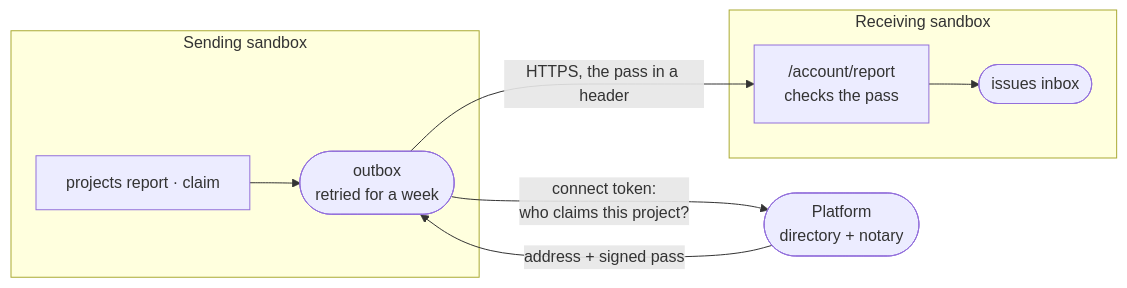
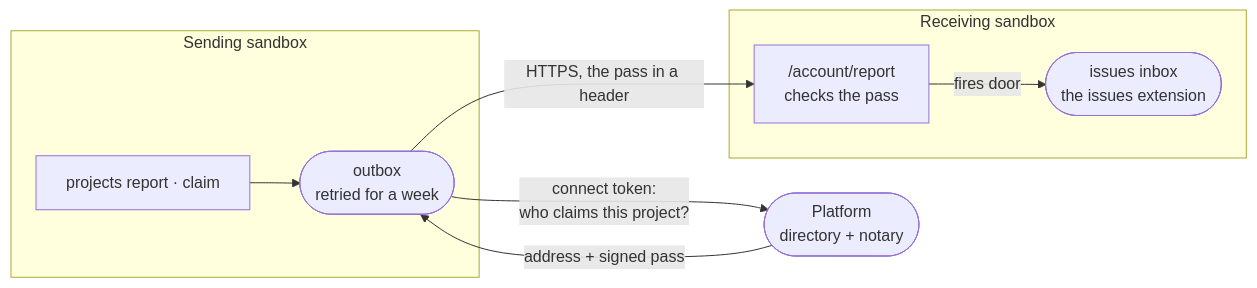
The diagram in docs/architecture/account-routing.md (intentic/intentic), drawn with Mermaid before and after one commit. The commit also changed other lines of this file and 587 other files, not shown here.

````diff
--- a/docs/architecture/account-routing.md
+++ b/docs/architecture/account-routing.md
@@ -5,13 +5,13 @@
 ```mermaid
 flowchart LR
     subgraph A["Sending sandbox"]
       cli["projects report · claim"] --> outbox(["outbox<br/>retried for a week"])
     end
     platform(["Platform<br/>directory + notary"])
     subgraph B["Receiving sandbox"]
-      door["/account/report<br/>checks the pass"] --> inbox(["issues inbox"])
+      door["/account/report<br/>checks the pass"] -->|"fires door"| inbox(["issues inbox<br/>the issues extension"])
     end
     outbox -->|"connect token:<br/>who claims this project?"| platform
     platform -->|"address + signed pass"| outbox
     outbox -->|"HTTPS, the pass in a header"| door
 ```
````
